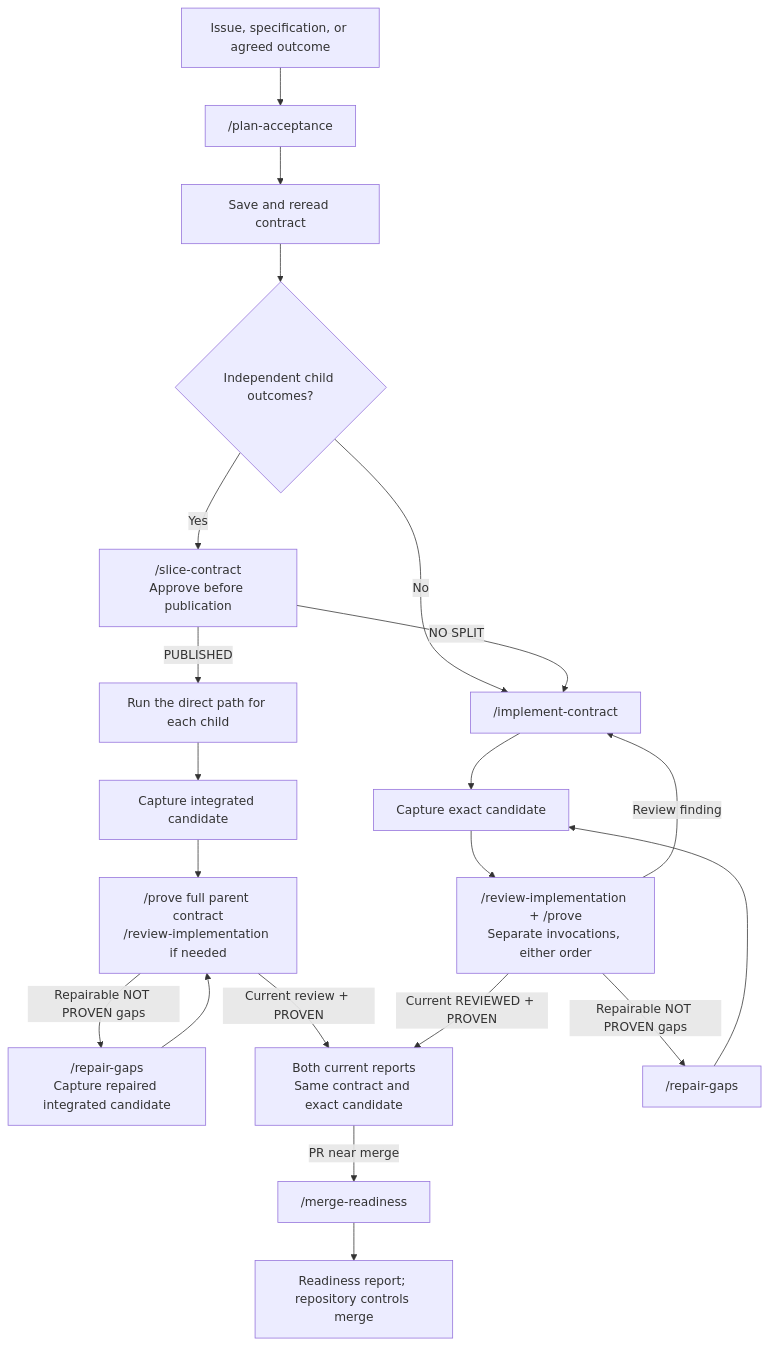
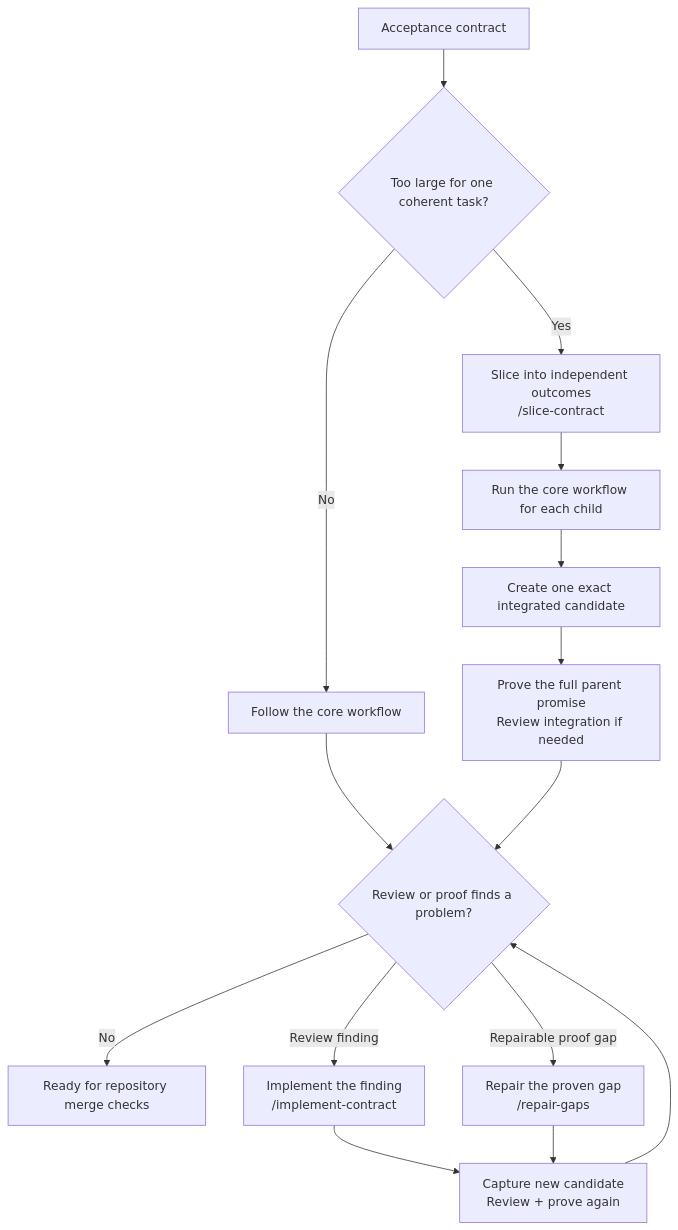
The second of 2 diagrams in README.md (grove/promise-to-proof), drawn with Mermaid before and after one commit. The commit also changed other lines of this file, not shown here.

Commit message:
Clarify README workflow diagrams

````diff
--- a/README.md
+++ b/README.md
@@ -69,24 +99,18 @@
 ```mermaid
 flowchart TD
-  source["Issue, specification, or agreed outcome"] --> plan["/plan-acceptance"]
-	plan --> contract["Save and reread contract"]
-  contract --> split{"Independent child outcomes?"}
-  split -->|No| implement["/implement-contract"]
-  split -->|Yes| slice["/slice-contract<br/>Approve before publication"]
-  slice -->|NO SPLIT| implement
-  slice -->|PUBLISHED| children["Run the direct path for each child"]
-  children --> integrate["Capture integrated candidate"]
-  integrate --> parent["/prove full parent contract<br/>/review-implementation if needed"]
-  parent -->|Repairable NOT PROVEN gaps| parentRepair["/repair-gaps<br/>Capture repaired integrated candidate"]
-  parentRepair --> parent
-  parent -->|Current review + PROVEN| reports
+  contract["Acceptance contract"] --> large{"Too large for one coherent task?"}
+  large -->|No| core["Follow the core workflow"]
+  large -->|Yes| slice["Slice into independent outcomes<br/>/slice-contract"]
+  slice --> children["Run the core workflow for each child"]
+  children --> integrated["Create one exact integrated candidate"]
+  integrated --> parent["Prove the full parent promise<br/>Review integration if needed"]
 
-	implement --> candidate["Capture exact candidate"]
-  candidate --> verify["/review-implementation + /prove<br/>Separate invocations, either order"]
-  verify -->|Review finding| implement
-  verify -->|Repairable NOT PROVEN gaps| repair["/repair-gaps"]
-  repair --> candidate
-  verify -->|Current REVIEWED + PROVEN| reports["Both current reports<br/>Same contract and exact candidate"]
-  reports -->|PR near merge| readiness["/merge-readiness"]
-	readiness --> gate["Readiness report; repository controls merge"]
+  core --> result{"Review or proof finds a problem?"}
+  parent --> result
+  result -->|No| ready["Ready for repository merge checks"]
+  result -->|Review finding| fix["Implement the finding<br/>/implement-contract"]
+  result -->|Repairable proof gap| repair["Repair the proven gap<br/>/repair-gaps"]
+  fix --> refresh["Capture new candidate<br/>Review + prove again"]
+  repair --> refresh
+  refresh --> result
 ```
````
